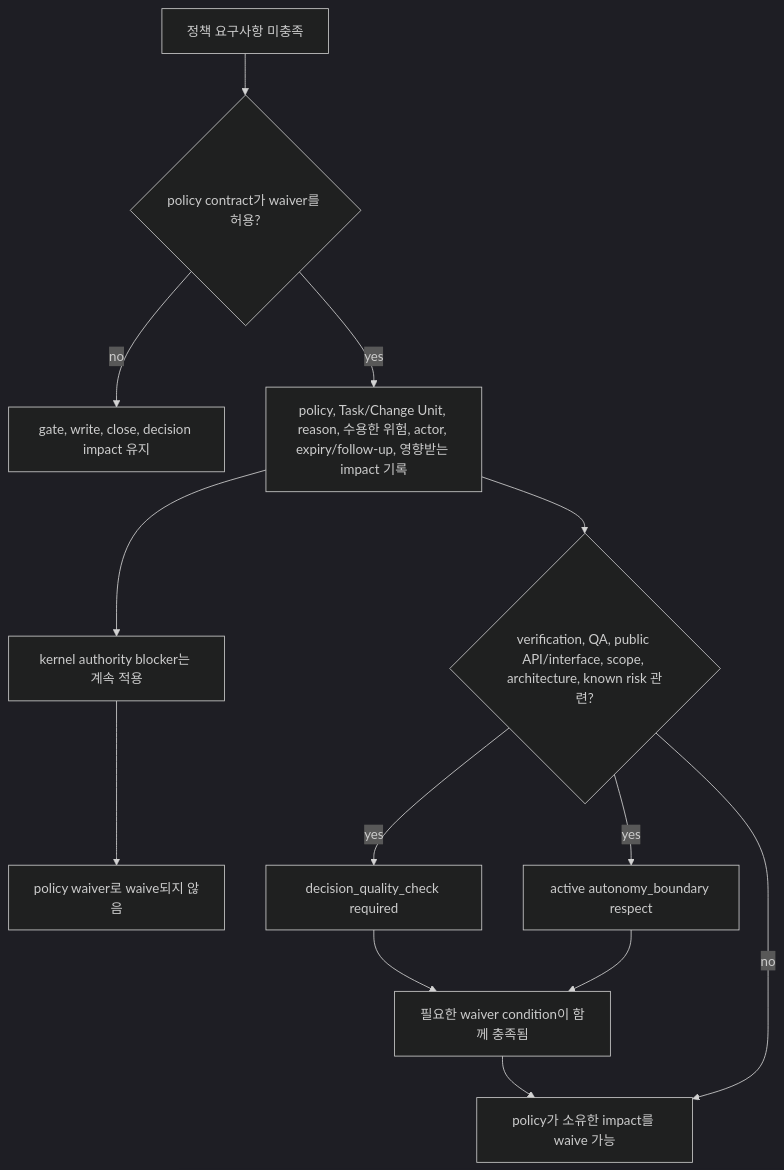
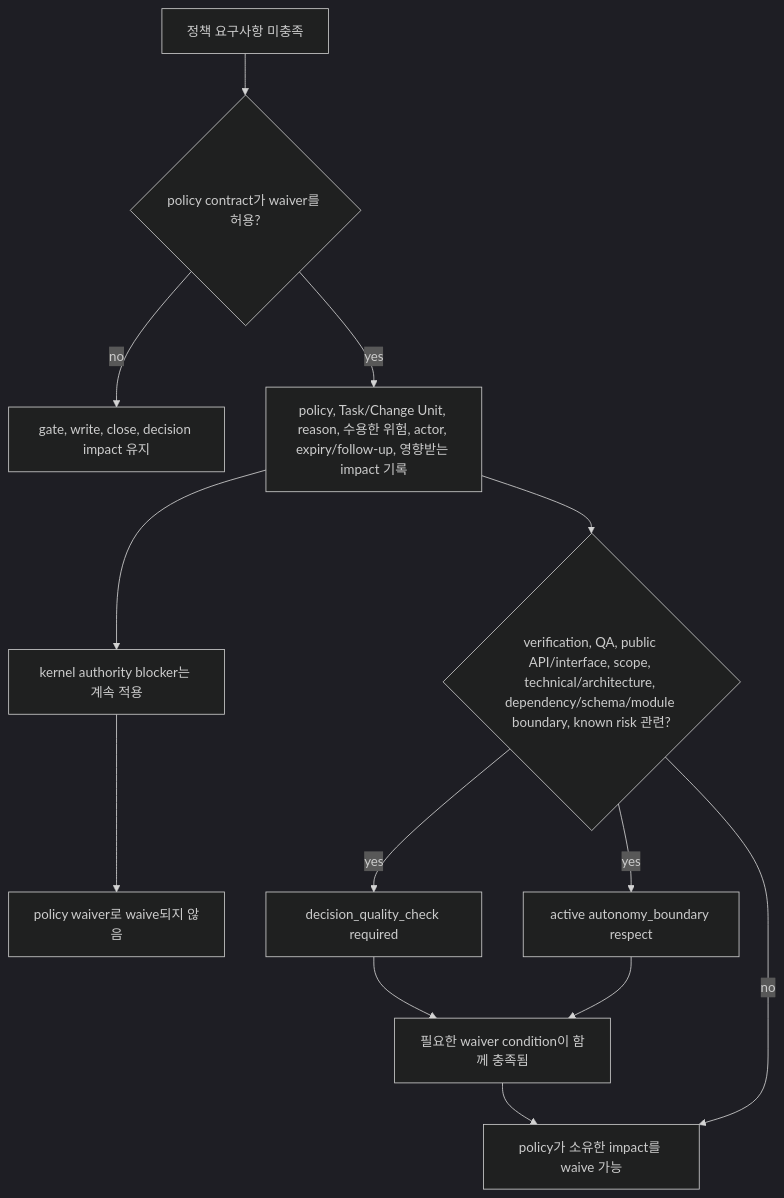
The second of 2 diagrams in docs/ko/reference/design-quality-policies.md (minjungw00/Volicord), drawn with Mermaid (dark theme) before and after one commit. The commit also changed other lines of this file and 5 other files, not shown here.

````diff
--- a/docs/ko/reference/design-quality-policies.md
+++ b/docs/ko/reference/design-quality-policies.md
@@ -443,15 +445,15 @@
 ```mermaid
 flowchart TD
   Gap["정책 요구사항 미충족"] --> Allowed{"policy contract가 waiver를 허용?"}
   Allowed -- no --> KeepImpact["gate, write, close, decision impact 유지"]
   Allowed -- yes --> Record["policy, Task/Change Unit, reason, 수용한 위험, actor, expiry/follow-up, 영향받는 impact 기록"]
   Record --> Kernel["kernel authority blocker는 계속 적용"]
-  Record --> Decision{"verification, QA, public API/interface, scope, architecture, known risk 관련?"}
+  Record --> Decision{"verification, QA, public API/interface, scope, technical/architecture, dependency/schema/module boundary, known risk 관련?"}
   Decision -- yes --> Quality["decision_quality_check required"]
   Decision -- yes --> Boundary["active autonomy_boundary respect"]
   Decision -- no --> Waived["policy가 소유한 impact를 waive 가능"]
   Quality --> Conditions["필요한 waiver condition이 함께 충족됨"]
   Boundary --> Conditions
   Kernel --> Separate["policy waiver로 waive되지 않음"]
   Conditions --> Waived
 ```
````
